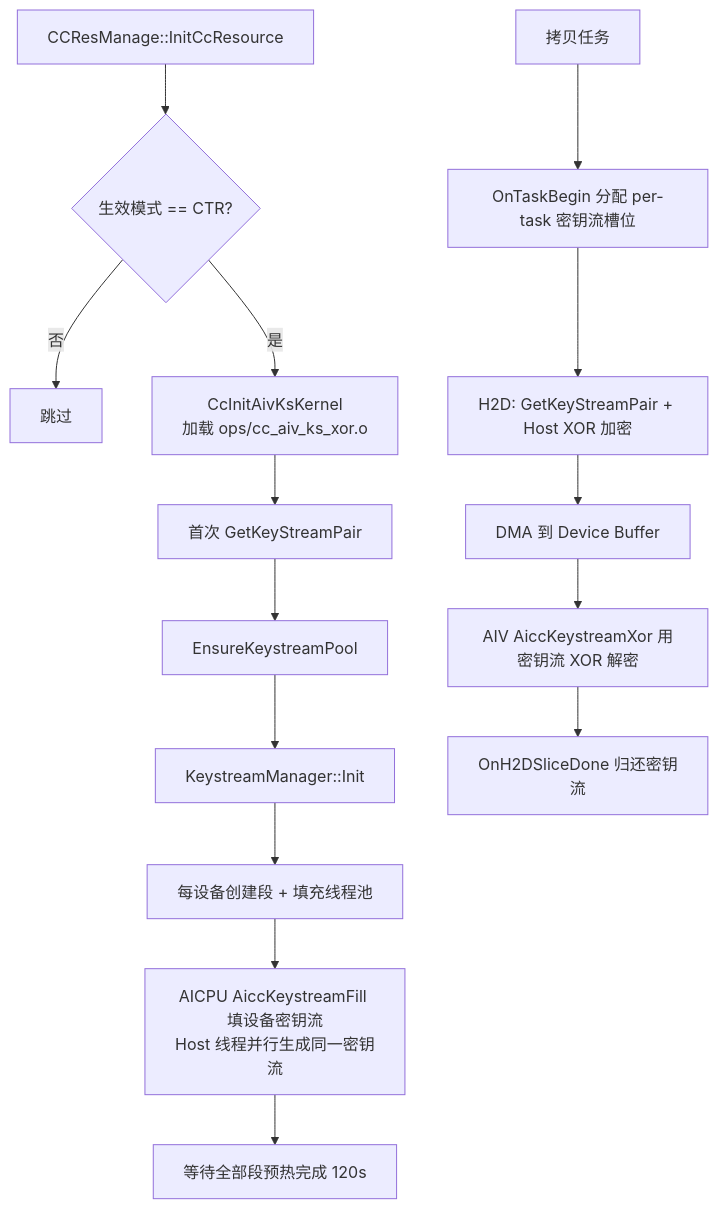
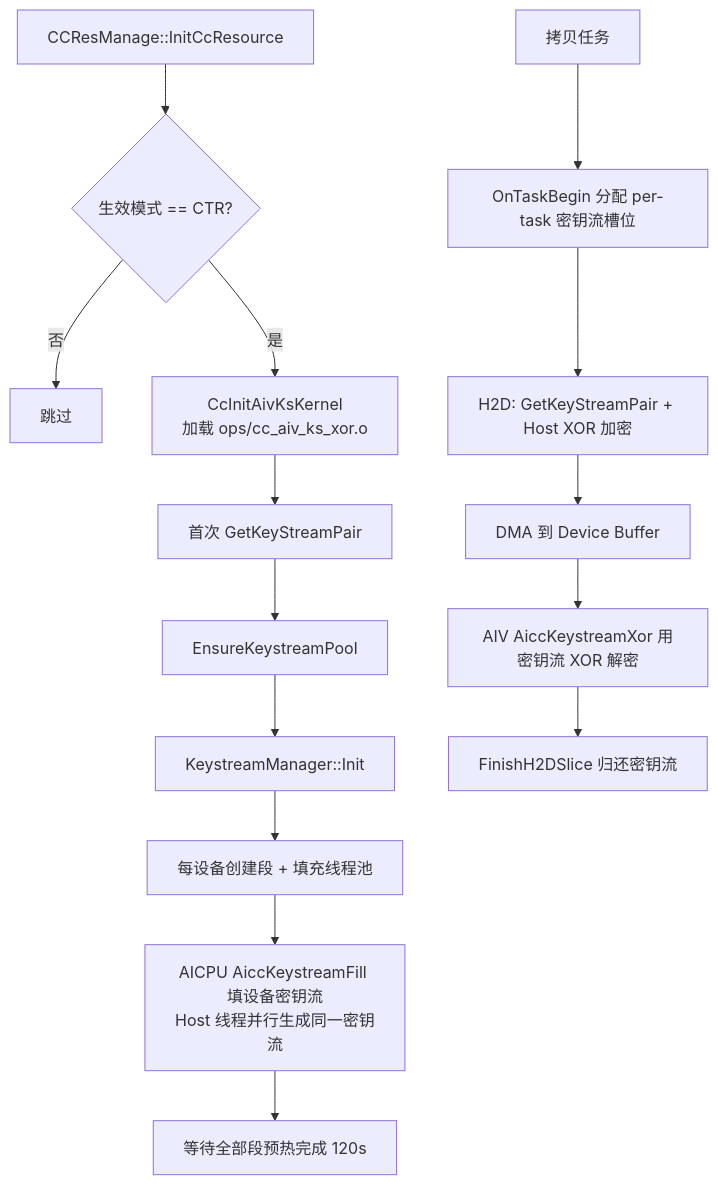
Before and after one commit to hicann/runtime: the sixth of 11 diagrams in docs/zh/design/features/cc_mode.md, drawn with Mermaid. The commit also changed other lines of this file and 21 other files, not shown here.

````diff
--- a/docs/zh/design/features/cc_mode.md
+++ b/docs/zh/design/features/cc_mode.md
@@ -475,18 +475,18 @@
 ```mermaid
 flowchart TD
     A[CCResManage::InitCcResource] --> B{生效模式 == CTR?}
     B -->|否| Z[跳过]
     B -->|是| C[CcInitAivKsKernel<br/>加载 ops/cc_aiv_ks_xor.o]
     C --> D[首次 GetKeyStreamPair]
     D --> E[EnsureKeystreamPool]
     E --> F[KeystreamManager::Init]
     F --> G[每设备创建段 + 填充线程池]
     G --> H[AICPU AiccKeystreamFill 填设备密钥流<br/>Host 线程并行生成同一密钥流]
     H --> I[等待全部段预热完成 120s]
 
     J[拷贝任务] --> K[OnTaskBegin 分配 per-task 密钥流槽位]
     K --> L[H2D: GetKeyStreamPair + Host XOR 加密]
     L --> M[DMA 到 Device Buffer]
     M --> N[AIV AiccKeystreamXor 用密钥流 XOR 解密]
-    N --> O[OnH2DSliceDone 归还密钥流]
+    N --> O[FinishH2DSlice 归还密钥流]
 ```
````
